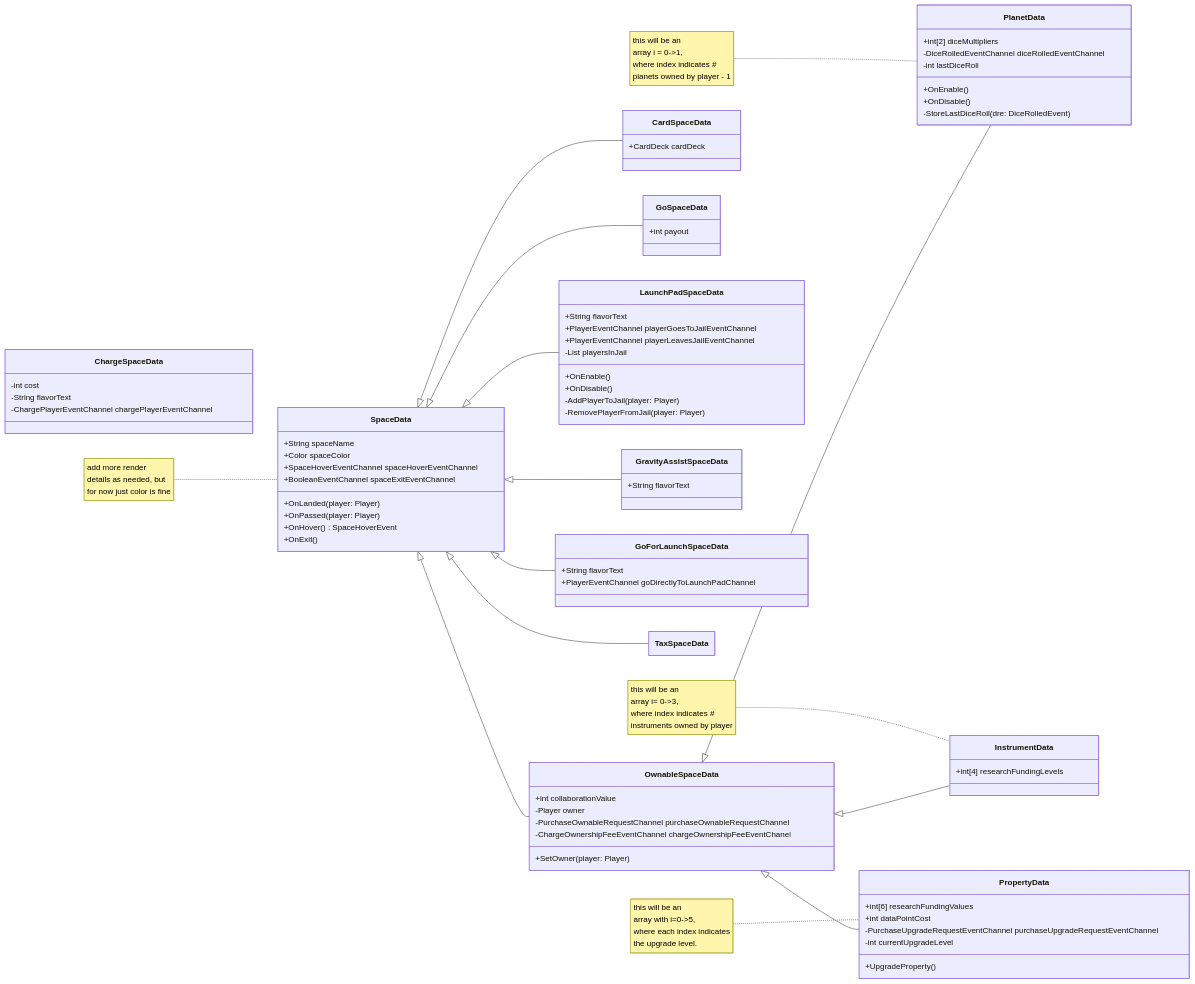
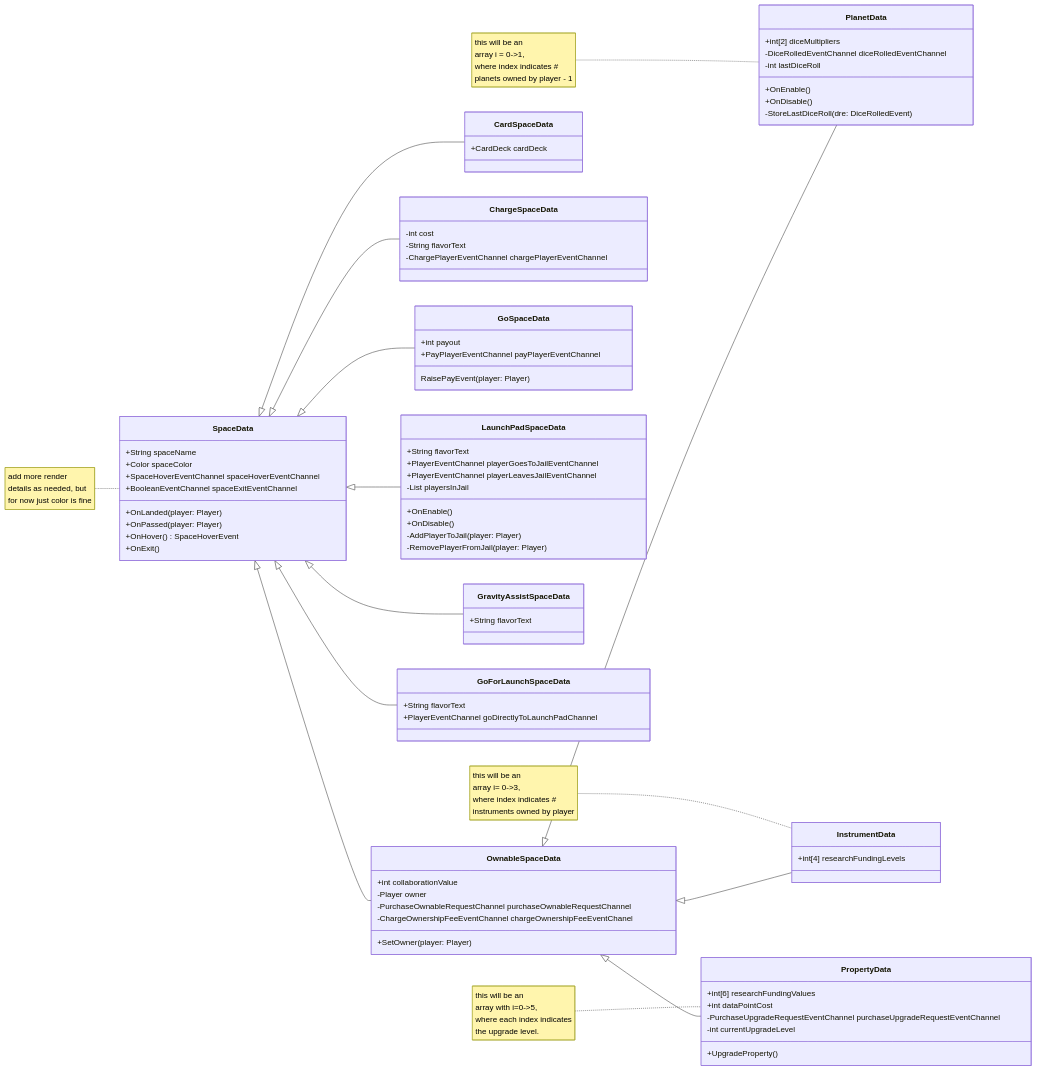
One commit to missiontopsyche-platinum/platinum_24a_game_psycheopoly-se changed the diagram in Assets/Scripts/Data/SpaceData/SpaceData-Hierarchy.mmd. Above: the diagram before and after it, drawn with Mermaid. The commit also changed 12 other files, not shown here.

Commit message:
US322 T390 Implements GoSpaceData, corrects OnHover() implementations forgetting to raise event

```diff
--- a/Assets/Scripts/Data/SpaceData/SpaceData-Hierarchy.mmd
+++ b/Assets/Scripts/Data/SpaceData/SpaceData-Hierarchy.mmd
@@ -1,106 +1,108 @@
 ---
 config:
     class:
         hideEmptyMembersBox: true
 ---
 classDiagram
     direction LR
     
     note for SpaceData  "add more render
                         details as needed, but
                         for now just color is fine"
     class SpaceData{
         +String spaceName
         +Color spaceColor
         +SpaceHoverEventChannel spaceHoverEventChannel
         +BooleanEventChannel spaceExitEventChannel
         +OnLanded(player: Player)
         +OnPassed(player: Player)
         +OnHover() SpaceHoverEvent
         +OnExit()
     }
     class OwnableSpaceData{
         +int collaborationValue
         -Player owner
         -PurchaseOwnableRequestChannel purchaseOwnableRequestChannel
         -ChargeOwnershipFeeEventChannel chargeOwnershipFeeEventChanel
         +SetOwner(player: Player)
     }
     
     note for PropertyData       "this will be an
                                 array with i=0->5,
                                 where each index indicates
                                 the upgrade level."
     class PropertyData{
         +int[6] researchFundingValues
         +int dataPointCost
         -PurchaseUpgradeRequestEventChannel purchaseUpgradeRequestEventChannel
         -int currentUpgradeLevel
         +UpgradeProperty()
     }
     
     note for PlanetData         "this will be an
                                 array i = 0->1,
                                 where index indicates # 
                                 planets owned by player - 1"
     class PlanetData{
         +int[2] diceMultipliers
         -DiceRolledEventChannel diceRolledEventChannel
         -int lastDiceRoll
         +OnEnable()
         +OnDisable()
         -StoreLastDiceRoll(dre: DiceRolledEvent)
     }
     
     note for InstrumentData     "this will be an
                                 array i= 0->3,
                                 where index indicates #
                                 instruments owned by player"
     class InstrumentData{
         +int[4] researchFundingLevels
     }
     
     class CardSpaceData{
         +CardDeck cardDeck
     }
     
     class ChargeSpaceData{
         -int cost
         -String flavorText
         -ChargePlayerEventChannel chargePlayerEventChannel
     }
     
     class GoSpaceData{
         +int payout
+        +PayPlayerEventChannel payPlayerEventChannel
+        RaisePayEvent(player: Player)
     }
     %% I could have another base class for flavor text spaces
     %% but its literally the only common variable between like types
     %% so that seems like massive overkill.
     class LaunchPadSpaceData {
         +String flavorText
         +PlayerEventChannel playerGoesToJailEventChannel
         +PlayerEventChannel playerLeavesJailEventChannel
         -List<Player> playersInJail
         +OnEnable()
         +OnDisable()
         -AddPlayerToJail(player: Player)
         -RemovePlayerFromJail(player: Player)
     }
     class GravityAssistSpaceData {
         +String flavorText
     }
     class GoForLaunchSpaceData {
         +String flavorText
         +PlayerEventChannel goDirectlyToLaunchPadChannel
     }
 
-    SpaceData <|-- TaxSpaceData
+    SpaceData <|-- ChargeSpaceData
     SpaceData <|-- GoSpaceData
     SpaceData <|-- GoForLaunchSpaceData
     SpaceData <|-- GravityAssistSpaceData
     SpaceData <|-- LaunchPadSpaceData
     SpaceData <|-- CardSpaceData
     SpaceData <|-- OwnableSpaceData
     OwnableSpaceData <|-- PlanetData
     OwnableSpaceData <|-- InstrumentData
     OwnableSpaceData <|-- PropertyData
```
